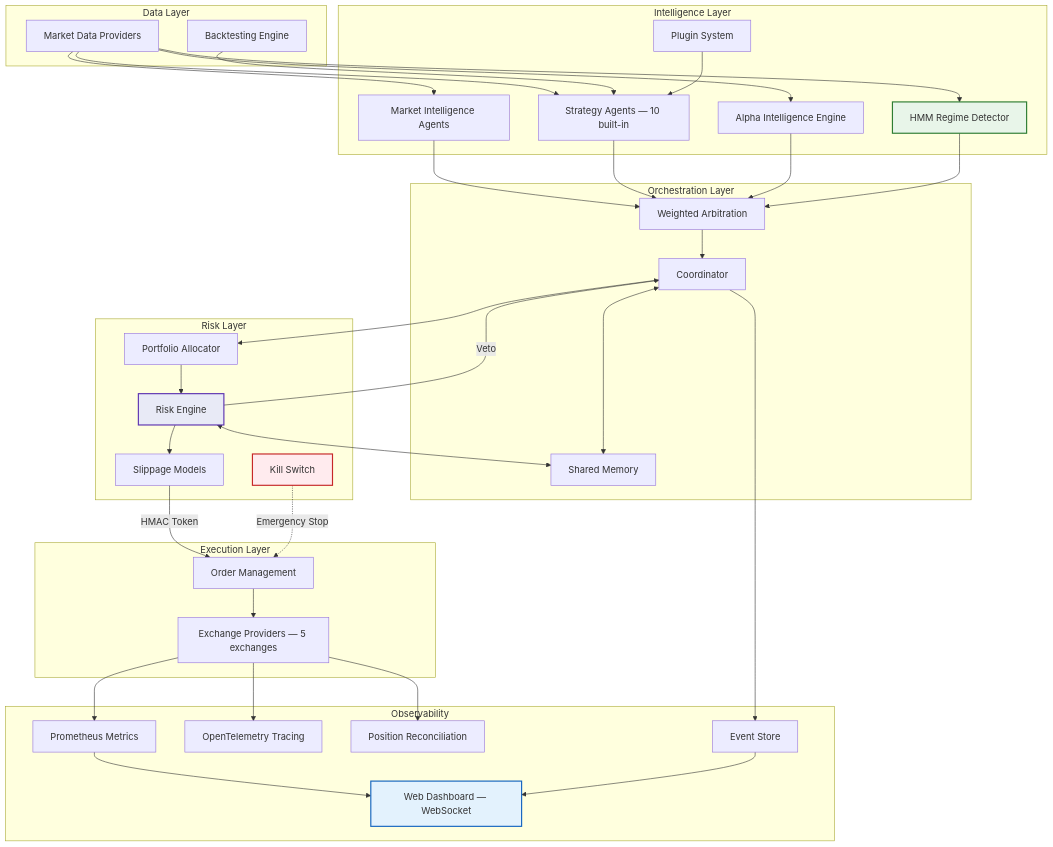
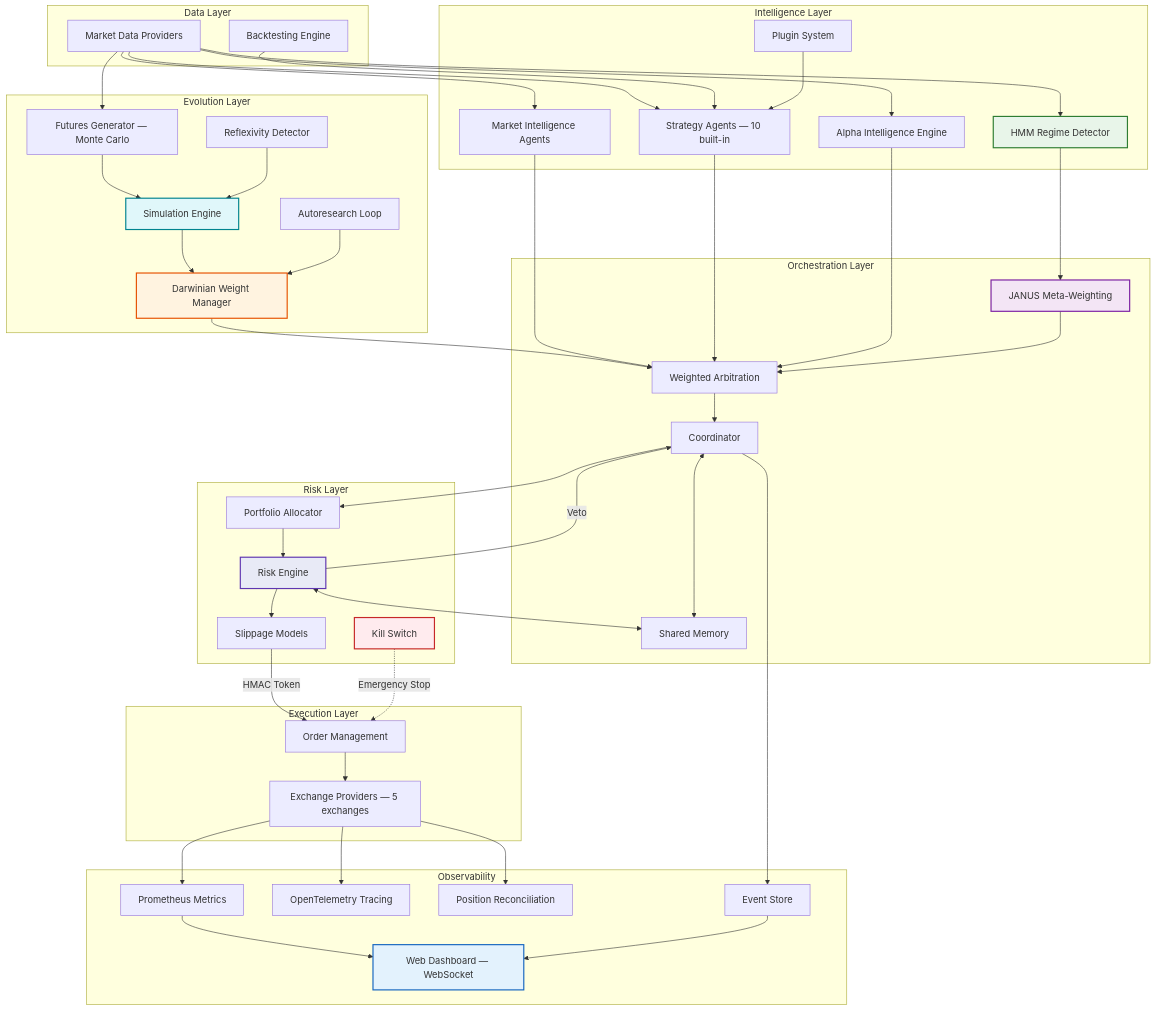
One commit to kmshihab7878/Autonomous-Investment-Swarm changed the diagram in README.md. Above: the diagram before and after it, drawn with Mermaid. The commit also changed other lines of this file and 17 other files, not shown here.

First line of the commit message:
feat: add Darwinian evolution, simulation engine, and JANUS meta-weighting

````diff
--- a/README.md
+++ b/README.md
@@ -106,7 +115,16 @@
         PLG[Plugin System]
     end
 
+    subgraph Evolution Layer
+        DW[Darwinian Weight Manager]
+        AR[Autoresearch Loop]
+        SIM[Simulation Engine]
+        FG[Futures Generator — Monte Carlo]
+        RFX[Reflexivity Detector]
+    end
+
     subgraph Orchestration Layer
+        JAN[JANUS Meta-Weighting]
         ARB[Weighted Arbitration]
         COORD[Coordinator]
         MEM[Shared Memory]
@@ -136,12 +154,19 @@
     D --> ST
     D --> AI
     D --> HMM
+    D --> FG
     BT --> ST
     PLG --> ST
+    FG --> SIM
+    RFX --> SIM
+    SIM --> DW
+    DW --> ARB
+    AR --> DW
     MI --> ARB
     ST --> ARB
     AI --> ARB
-    HMM --> ARB
+    HMM --> JAN
+    JAN --> ARB
     ARB --> COORD
     COORD --> PA
     PA --> RE
@@ -163,4 +188,7 @@
     style KS fill:#ffebee,stroke:#c62828,stroke-width:2px
     style HMM fill:#e8f5e9,stroke:#2e7d32,stroke-width:2px
     style DASH fill:#e3f2fd,stroke:#1565c0,stroke-width:2px
+    style DW fill:#fff3e0,stroke:#e65100,stroke-width:2px
+    style JAN fill:#f3e5f5,stroke:#7b1fa2,stroke-width:2px
+    style SIM fill:#e0f7fa,stroke:#00838f,stroke-width:2px
 ```
````
